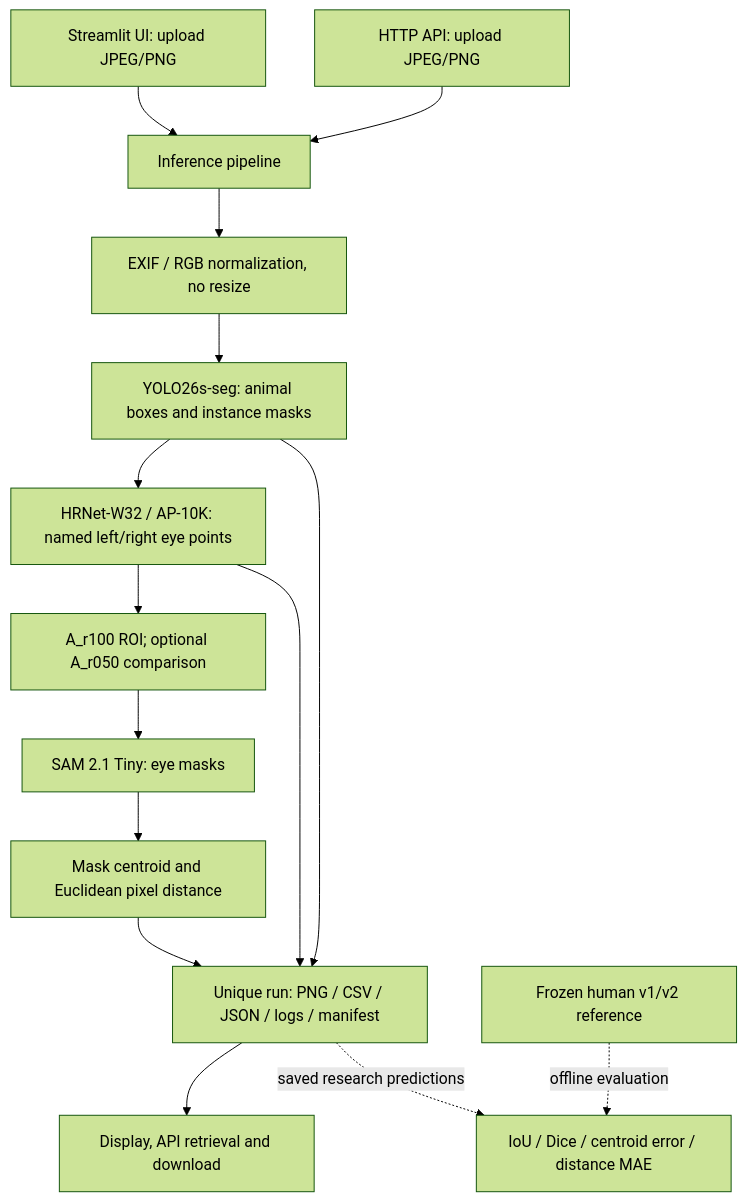
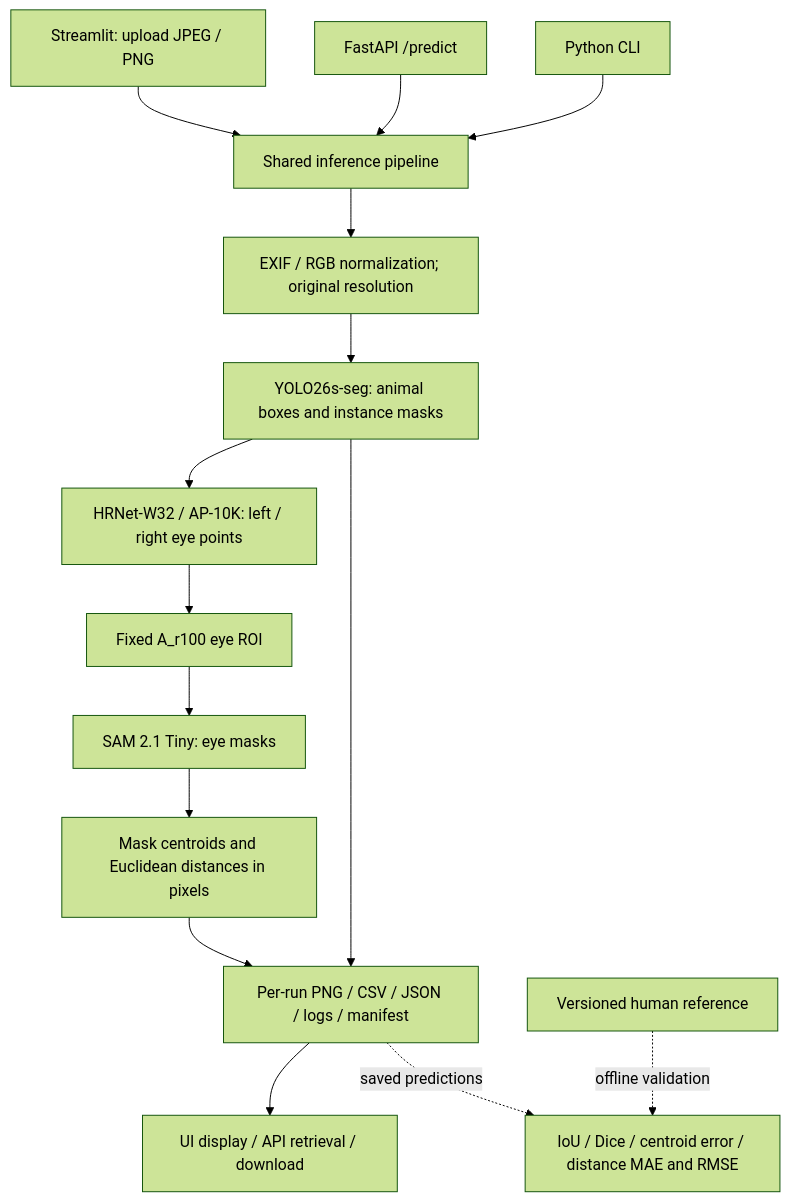
One commit to PolunLin/animal-eye-metrology changed the diagram in docs/architecture.md. Above: the diagram before and after it, drawn with Mermaid (forest theme). The commit also changed other lines of this file and 136 other files, not shown here.

````diff
--- a/docs/architecture.md
+++ b/docs/architecture.md
@@ -5,17 +3,17 @@
 ```mermaid
 flowchart TD
-    UI["Streamlit UI: upload JPEG/PNG"] --> PIPE["Inference pipeline"]
-    API["HTTP API: upload JPEG/PNG"] --> PIPE
-    PIPE --> NORMAL["EXIF / RGB normalization, no resize"]
-    NORMAL --> YOLO["YOLO26s-seg: animal boxes and instance masks"]
-    YOLO --> POSE["HRNet-W32 / AP-10K: named left/right eye points"]
-    POSE --> ROI["A_r100 ROI; optional A_r050 comparison"]
+    UI["Streamlit: upload JPEG / PNG"] --> PIPE["Shared inference pipeline"]
+    API["FastAPI /predict"] --> PIPE
+    CLI["Python CLI"] --> PIPE
+    PIPE --> INPUT["EXIF / RGB normalization; original resolution"]
+    INPUT --> YOLO["YOLO26s-seg: animal boxes and instance masks"]
+    YOLO --> POSE["HRNet-W32 / AP-10K: left / right eye points"]
+    POSE --> ROI["Fixed A_r100 eye ROI"]
     ROI --> SAM["SAM 2.1 Tiny: eye masks"]
-    SAM --> GEO["Mask centroid and Euclidean pixel distance"]
-    GEO --> OUT["Unique run: PNG / CSV / JSON / logs / manifest"]
-    YOLO --> OUT
-    POSE --> OUT
-    OUT --> VIEW["Display, API retrieval and download"]
-    REF["Frozen human v1/v2 reference"] -. "offline evaluation" .-> EVAL["IoU / Dice / centroid error / distance MAE"]
-    OUT -. "saved research predictions" .-> EVAL
+    SAM --> GEO["Mask centroids and Euclidean distances in pixels"]
+    YOLO --> OUT["Per-run PNG / CSV / JSON / logs / manifest"]
+    GEO --> OUT
+    OUT --> VIEW["UI display / API retrieval / download"]
+    REF["Versioned human reference"] -. "offline validation" .-> EVAL["IoU / Dice / centroid error / distance MAE and RMSE"]
+    OUT -. "saved predictions" .-> EVAL
 ```
````
